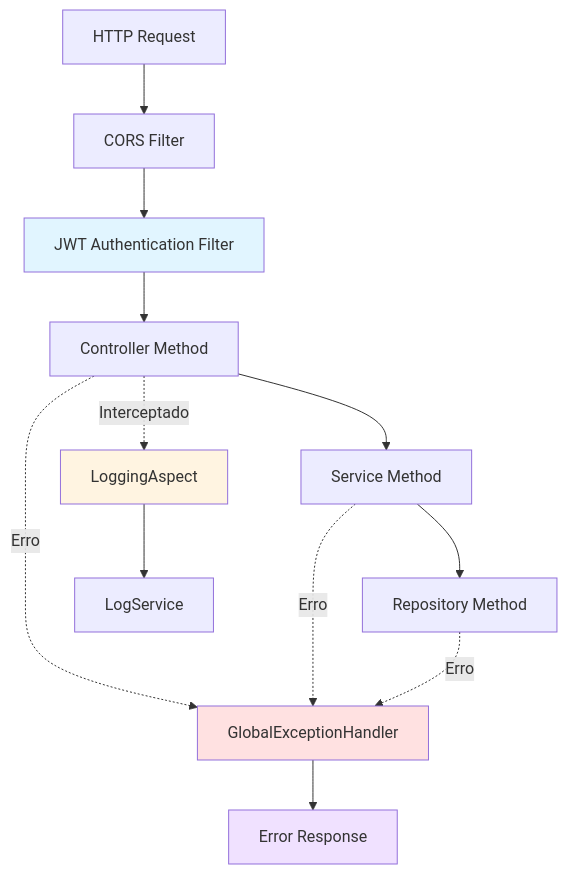
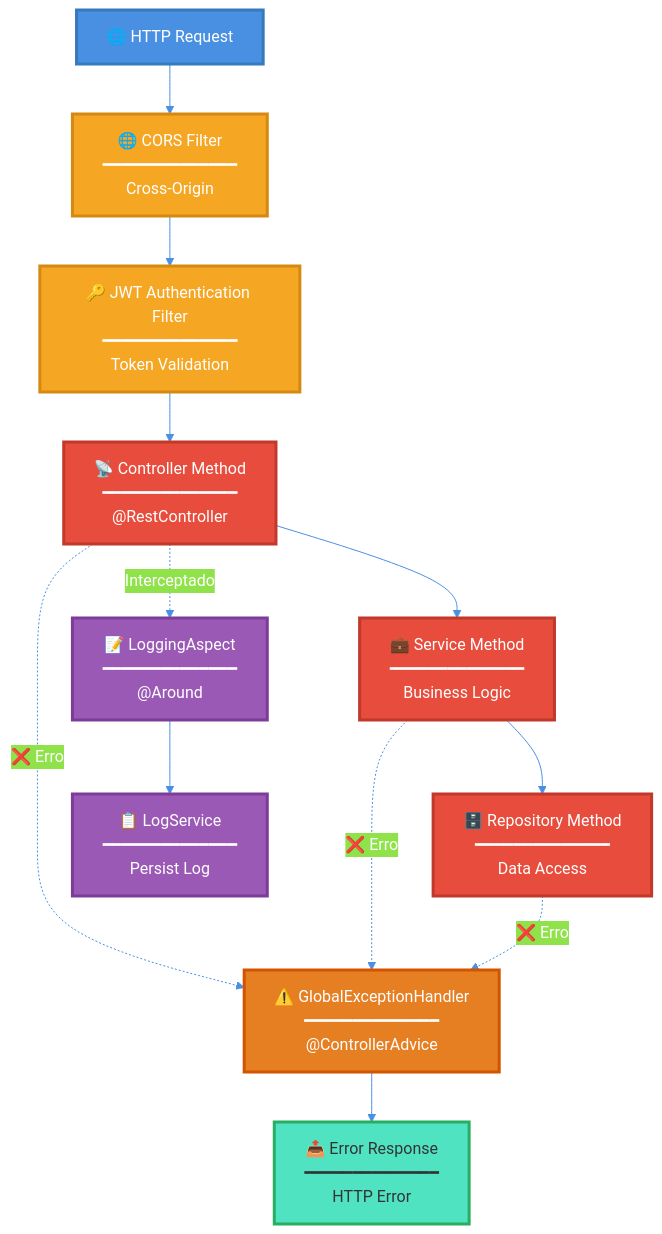
Diagram 20 of 20 in DOCUMENTACAO_ARQUITETURA_CAMADAS.md (caiohrmm/TCC-BartoFinance), drawn with Mermaid before and after one commit. The commit also changed other lines of this file, not shown here.

````diff
--- a/DOCUMENTACAO_ARQUITETURA_CAMADAS.md
+++ b/DOCUMENTACAO_ARQUITETURA_CAMADAS.md
@@ -755,22 +1004,43 @@
 ```mermaid
+%%{init: {'theme':'base', 'themeVariables': { 'primaryColor':'#4A90E2','primaryTextColor':'#fff','primaryBorderColor':'#357ABD','lineColor':'#4A90E2'}}}%%
 graph TB
-    Request[HTTP Request] --> Filter1[CORS Filter]
-    Filter1 --> Filter2[JWT Authentication Filter]
-    Filter2 --> Filter3[Controller Method]
-    Filter3 -.->|Interceptado| AOP[LoggingAspect]
-    Filter3 --> Service[Service Method]
-    Service --> Repository[Repository Method]
+    Request["🌐 HTTP Request"]
+    Filter1["🌐 CORS Filter<br/>━━━━━━━━━━━━━━<br/>Cross-Origin"]
+    Filter2["🔑 JWT Authentication Filter<br/>━━━━━━━━━━━━━━<br/>Token Validation"]
+    Filter3["📡 Controller Method<br/>━━━━━━━━━━━━━━<br/>@RestController"]
+    AOP["📝 LoggingAspect<br/>━━━━━━━━━━━━━━<br/>@Around"]
+    Service["💼 Service Method<br/>━━━━━━━━━━━━━━<br/>Business Logic"]
+    Repository["🗄️ Repository Method<br/>━━━━━━━━━━━━━━<br/>Data Access"]
+    LogService["📋 LogService<br/>━━━━━━━━━━━━━━<br/>Persist Log"]
+    ExceptionHandler["⚠️ GlobalExceptionHandler<br/>━━━━━━━━━━━━━━<br/>@ControllerAdvice"]
+    ErrorResponse["📤 Error Response<br/>━━━━━━━━━━━━━━<br/>HTTP Error"]
     
-    AOP --> LogService[LogService]
+    Request --> Filter1
+    Filter1 --> Filter2
+    Filter2 --> Filter3
+    Filter3 -.->|"Interceptado"| AOP
+    Filter3 --> Service
+    Service --> Repository
     
-    Filter3 -.->|Erro| ExceptionHandler[GlobalExceptionHandler]
-    Service -.->|Erro| ExceptionHandler
-    Repository -.->|Erro| ExceptionHandler
+    AOP --> LogService
     
-    ExceptionHandler --> ErrorResponse[Error Response]
+    Filter3 -.->|"❌ Erro"| ExceptionHandler
+    Service -.->|"❌ Erro"| ExceptionHandler
+    Repository -.->|"❌ Erro"| ExceptionHandler
     
-    style Filter2 fill:#e1f5ff
-    style AOP fill:#fff4e1
-    style ExceptionHandler fill:#ffe1e1
-    style ErrorResponse fill:#f0e1ff
+    ExceptionHandler --> ErrorResponse
+    
+    classDef requestStyle fill:#4A90E2,stroke:#357ABD,stroke-width:3px,color:#fff
+    classDef filterStyle fill:#F5A623,stroke:#D68910,stroke-width:3px,color:#fff
+    classDef controllerStyle fill:#E74C3C,stroke:#C0392B,stroke-width:3px,color:#fff
+    classDef aopStyle fill:#9B59B6,stroke:#7D3C98,stroke-width:3px,color:#fff
+    classDef exceptionStyle fill:#E67E22,stroke:#D35400,stroke-width:3px,color:#fff
+    classDef responseStyle fill:#50E3C2,stroke:#27AE60,stroke-width:3px,color:#333
+    
+    class Request requestStyle
+    class Filter1,Filter2 filterStyle
+    class Filter3,Service,Repository controllerStyle
+    class AOP,LogService aopStyle
+    class ExceptionHandler exceptionStyle
+    class ErrorResponse responseStyle
 ```
````
